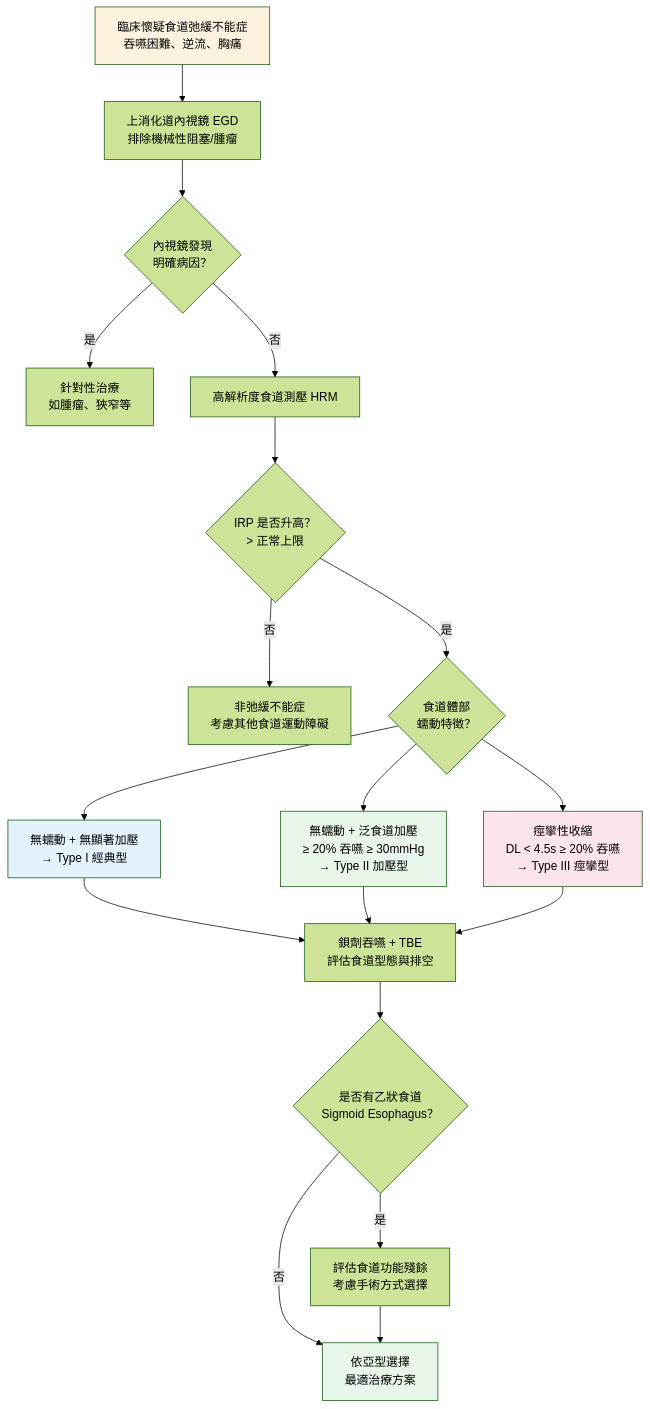
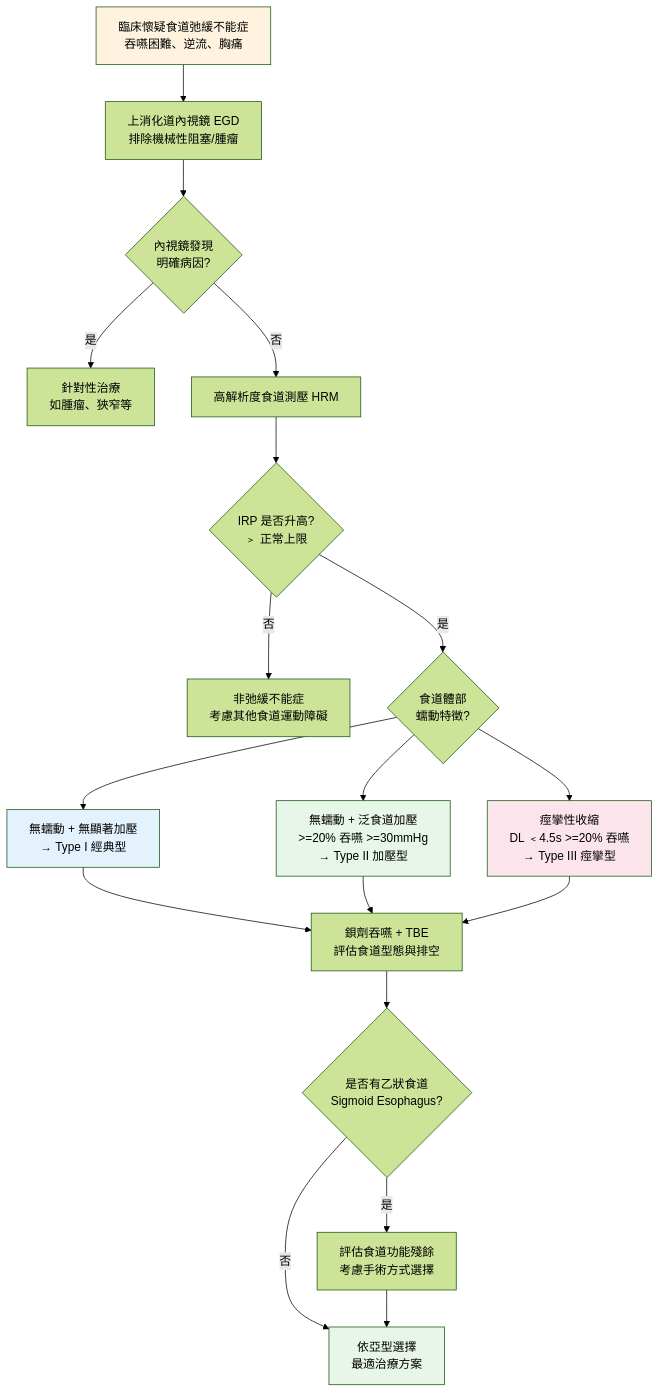
The second of 2 diagrams in 食道弛緩不能症/進階版/01_病理機轉與亞型分類.md (dontchangela-bit/esophageal-education), drawn with Mermaid (forest theme) before and after one commit. The commit also changed 59 other files, not shown here.

First line of the commit message:
Fix Mermaid v11.13 syntax errors across all esophageal files

````diff
--- a/食道弛緩不能症/進階版/01_病理機轉與亞型分類.md
+++ b/食道弛緩不能症/進階版/01_病理機轉與亞型分類.md
@@ -137,32 +137,32 @@
 ```mermaid
 flowchart TD
     A[臨床懷疑食道弛緩不能症<br/>吞嚥困難、逆流、胸痛] --> B[上消化道內視鏡 EGD<br/>排除機械性阻塞/腫瘤]
 
-    B --> C{內視鏡發現<br/>明確病因？}
+    B --> C{內視鏡發現<br/>明確病因?}
     C -- 是 --> D[針對性治療<br/>如腫瘤、狹窄等]
     C -- 否 --> E[高解析度食道測壓 HRM]
 
-    E --> F{IRP 是否升高？<br/>> 正常上限}
+    E --> F{IRP 是否升高?<br/>﹥ 正常上限}
     F -- 否 --> G[非弛緩不能症<br/>考慮其他食道運動障礙]
-    F -- 是 --> H{食道體部<br/>蠕動特徵？}
+    F -- 是 --> H{食道體部<br/>蠕動特徵?}
 
     H --> I[無蠕動 + 無顯著加壓<br/>→ Type I 經典型]
-    H --> J[無蠕動 + 泛食道加壓<br/>≥ 20% 吞嚥 ≥ 30mmHg<br/>→ Type II 加壓型]
-    H --> K[痙攣性收縮<br/>DL < 4.5s ≥ 20% 吞嚥<br/>→ Type III 痙攣型]
+    H --> J[無蠕動 + 泛食道加壓<br/>>=20% 吞嚥 >=30mmHg<br/>→ Type II 加壓型]
+    H --> K[痙攣性收縮<br/>DL ﹤4.5s >=20% 吞嚥<br/>→ Type III 痙攣型]
 
     I --> L[鋇劑吞嚥 + TBE<br/>評估食道型態與排空]
     J --> L
     K --> L
 
-    L --> M{是否有乙狀食道<br/>Sigmoid Esophagus？}
+    L --> M{是否有乙狀食道<br/>Sigmoid Esophagus?}
     M -- 是 --> N[評估食道功能殘餘<br/>考慮手術方式選擇]
     M -- 否 --> O[依亞型選擇<br/>最適治療方案]
 
     N --> O
 
     style A fill:#FFF3E0
     style I fill:#E3F2FD
     style J fill:#E8F5E9
     style K fill:#FCE4EC
     style O fill:#E8F5E9
 ```
````
